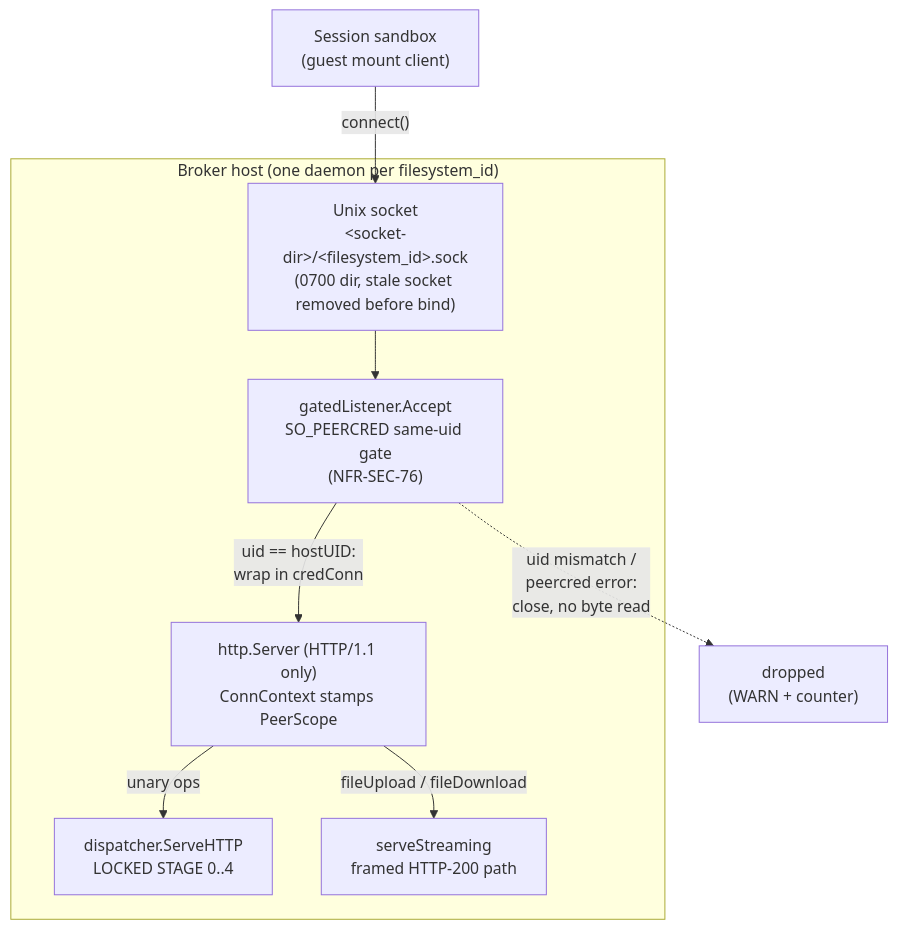
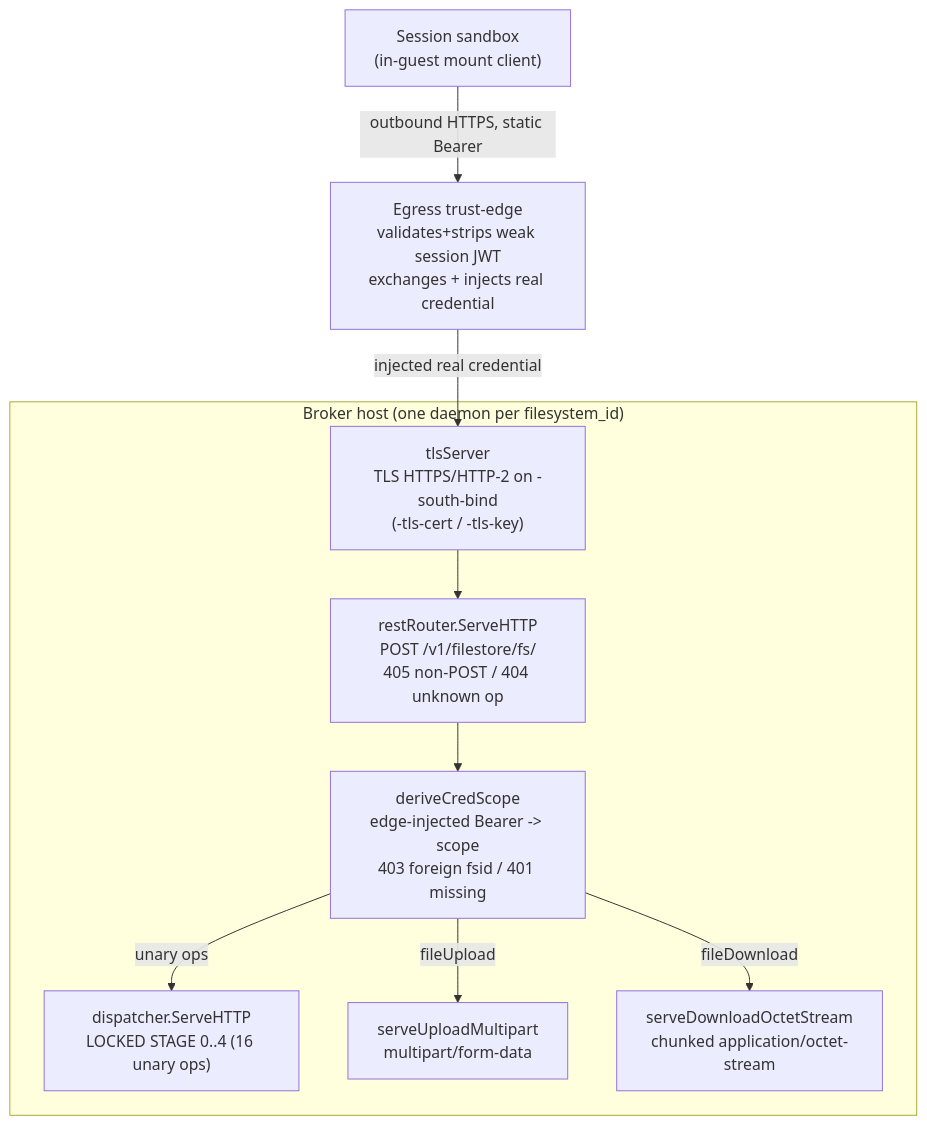
Before and after one commit to Wide-Moat/ocu-filestore: the first of 2 diagrams in docs/architecture/06-transport.md, drawn with Mermaid. The commit also changed other lines of this file and 191 other files, not shown here.

First line of the commit message:
feat(filestore): F9 north Files-API listener — read-plane live, write-plane canon-gated (#305→#304) (#21)

````diff
--- a/docs/architecture/06-transport.md
+++ b/docs/architecture/06-transport.md
@@ -51,16 +71,20 @@
 ```mermaid
 flowchart TD
+    guest["Session sandbox\n(in-guest mount client)"]
+    edge["Egress trust-edge\nvalidates+strips weak session JWT\nexchanges + injects real credential"]
     subgraph host["Broker host (one daemon per filesystem_id)"]
-        sock["Unix socket\n&lt;socket-dir&gt;/&lt;filesystem_id&gt;.sock\n(0700 dir, stale socket removed before bind)"]
-        gate["gatedListener.Accept\nSO_PEERCRED same-uid gate\n(NFR-SEC-76)"]
-        srv["http.Server (HTTP/1.1 only)\nConnContext stamps PeerScope"]
-        spine["dispatcher.ServeHTTP\nLOCKED STAGE 0..4"]
-        stream["serveStreaming\nframed HTTP-200 path"]
+        srv["tlsServer\nTLS HTTPS/HTTP-2 on -south-bind\n(-tls-cert / -tls-key)"]
+        router["restRouter.ServeHTTP\nPOST /v1/filestore/fs/<op>\n405 non-POST / 404 unknown op"]
+        cred["deriveCredScope\nedge-injected Bearer -> scope\n403 foreign fsid / 401 missing"]
+        spine["dispatcher.ServeHTTP\nLOCKED STAGE 0..4 (16 unary ops)"]
+        up["serveUploadMultipart\nmultipart/form-data"]
+        down["serveDownloadOctetStream\nchunked application/octet-stream"]
     end
-    guest["Session sandbox\n(guest mount client)"] -->|"connect()"| sock
-    sock --> gate
-    gate -->|"uid == hostUID:\nwrap in credConn"| srv
-    gate -.->|"uid mismatch /\npeercred error:\nclose, no byte read"| drop["dropped\n(WARN + counter)"]
-    srv -->|"unary ops"| spine
-    srv -->|"fileUpload / fileDownload"| stream
+    guest -->|"outbound HTTPS, static Bearer"| edge
+    edge -->|"injected real credential"| srv
+    srv --> router
+    router --> cred
+    cred -->|"unary ops"| spine
+    cred -->|"fileUpload"| up
+    cred -->|"fileDownload"| down
 ```
````
